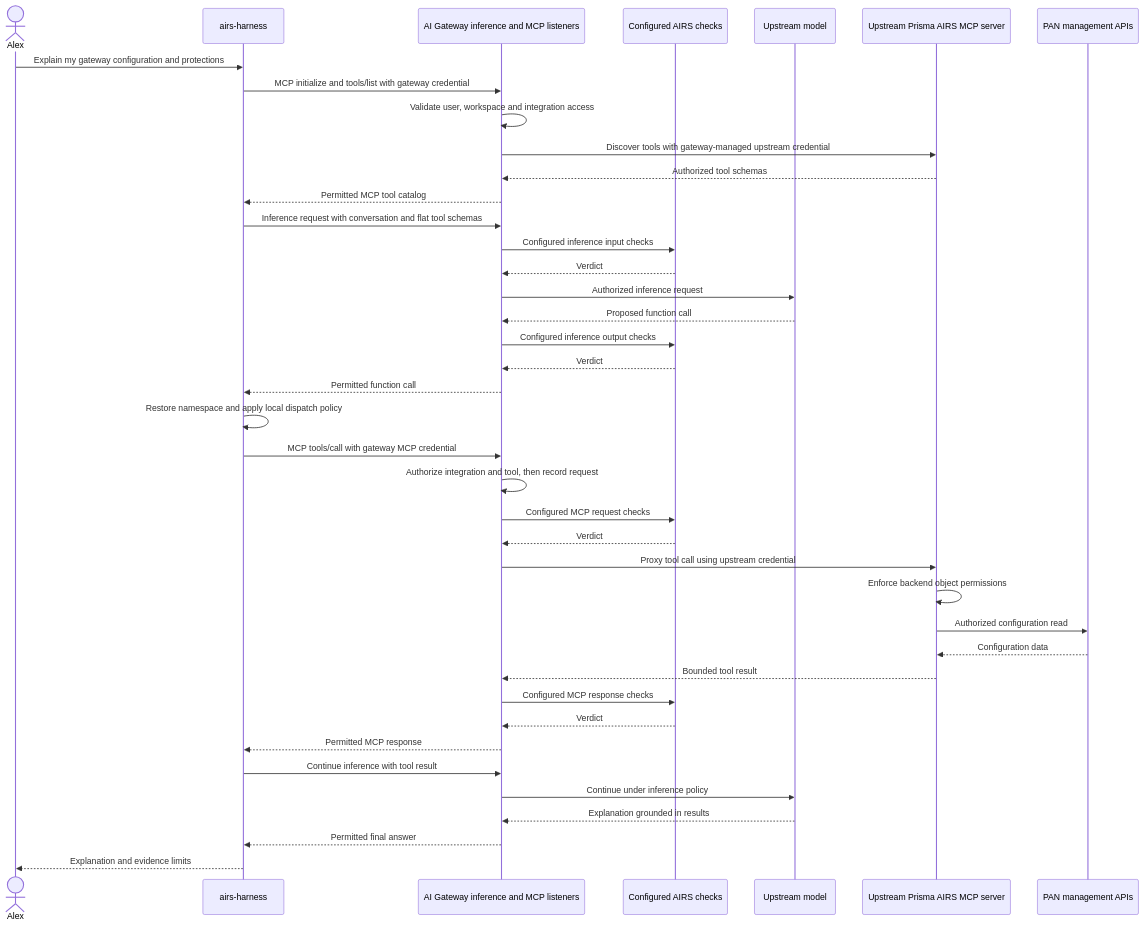
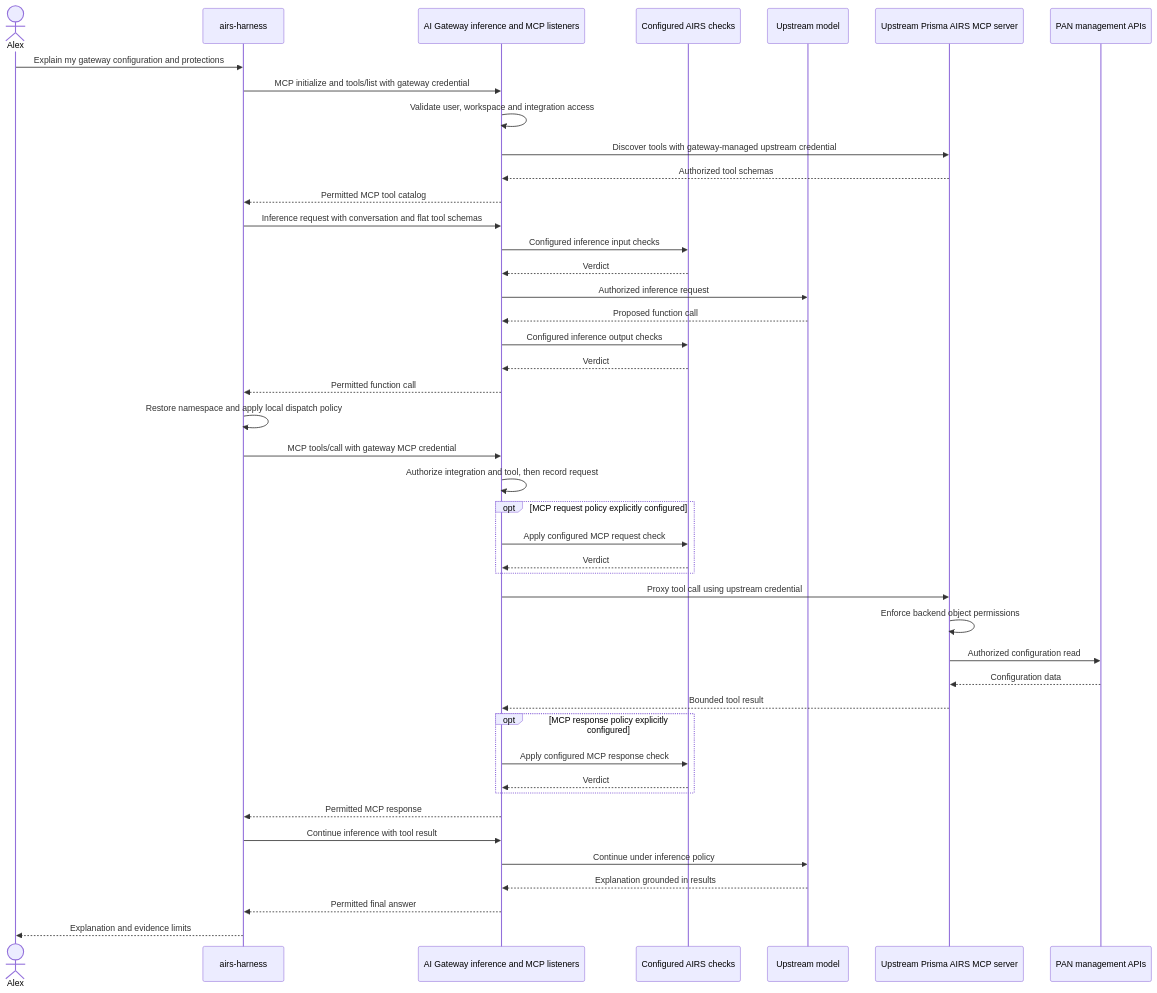
One commit to cdot65/prisma-airs-reference-architecture changed the diagram in docs/walkthrough.md. Above: the diagram before and after it, drawn with Mermaid. The commit also changed other lines of this file and 16 other files, not shown here.

Commit message:
Explain deployed gateway architecture, native onboarding and identity boundaries

````diff
--- a/docs/walkthrough.md
+++ b/docs/walkthrough.md
@@ -13,44 +13,48 @@
 ```mermaid
 sequenceDiagram
     accTitle: Required model and tool workflow through AI Gateway
     accDescr: The harness discovers and calls MCP tools through the gateway. Inference also crosses the gateway. Only the gateway connects to the model and upstream MCP server, applying the configured controls on each path.
     actor user as Alex
     participant harness as airs-harness
     participant gateway as AI Gateway inference and MCP listeners
     participant scanner as Configured AIRS checks
     participant model as Upstream model
     participant upstream as Upstream Prisma AIRS MCP server
     participant management as PAN management APIs
     user->>harness: Explain my gateway configuration and protections
     harness->>gateway: MCP initialize and tools/list with gateway credential
     gateway->>gateway: Validate user, workspace and integration access
     gateway->>upstream: Discover tools with gateway-managed upstream credential
     upstream-->>gateway: Authorized tool schemas
     gateway-->>harness: Permitted MCP tool catalog
     harness->>gateway: Inference request with conversation and flat tool schemas
     gateway->>scanner: Configured inference input checks
     scanner-->>gateway: Verdict
     gateway->>model: Authorized inference request
     model-->>gateway: Proposed function call
     gateway->>scanner: Configured inference output checks
     scanner-->>gateway: Verdict
     gateway-->>harness: Permitted function call
     harness->>harness: Restore namespace and apply local dispatch policy
     harness->>gateway: MCP tools/call with gateway MCP credential
     gateway->>gateway: Authorize integration and tool, then record request
-    gateway->>scanner: Configured MCP request checks
-    scanner-->>gateway: Verdict
+    opt MCP request policy explicitly configured
+        gateway->>scanner: Apply configured MCP request check
+        scanner-->>gateway: Verdict
+    end
     gateway->>upstream: Proxy tool call using upstream credential
     upstream->>upstream: Enforce backend object permissions
     upstream->>management: Authorized configuration read
     management-->>upstream: Configuration data
     upstream-->>gateway: Bounded tool result
-    gateway->>scanner: Configured MCP response checks
-    scanner-->>gateway: Verdict
+    opt MCP response policy explicitly configured
+        gateway->>scanner: Apply configured MCP response check
+        scanner-->>gateway: Verdict
+    end
     gateway-->>harness: Permitted MCP response
     harness->>gateway: Continue inference with tool result
     gateway->>model: Continue under inference policy
     model-->>gateway: Explanation grounded in results
     gateway-->>harness: Permitted final answer
     harness-->>user: Explanation and evidence limits
 ```
````
